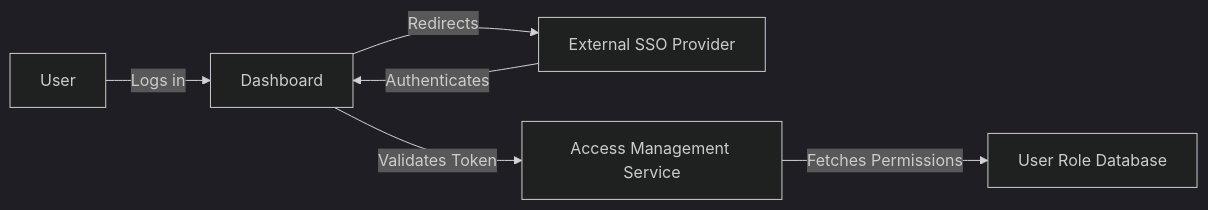
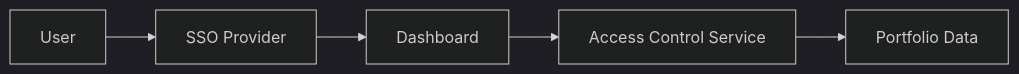
The diagram in HLD/QE-3970_HLD.md (Davamani-git/APB_Demo), drawn with Mermaid (dark theme) before and after one commit. The commit also changed other lines of this file and 3 other files, not shown here.

````diff
--- a/HLD/QE-3970_HLD.md
+++ b/HLD/QE-3970_HLD.md
@@ -4,13 +4,12 @@
 ```mermaid
 flowchart LR
     A["User"]
-    B["Dashboard"]
-    C["External SSO Provider"]
-    D["Access Management Service"]
-    E["User Role Database"]
-    A -- Logs in --> B
-    B -- Redirects --> C
-    C -- Authenticates --> B
-    B -- Validates Token --> D
-    D -- Fetches Permissions --> E
+    B["SSO Provider"]
+    C["Dashboard"]
+    D["Access Control Service"]
+    E["Portfolio Data"]
+    A --> B
+    B --> C
+    C --> D
+    D --> E
 ```
````
